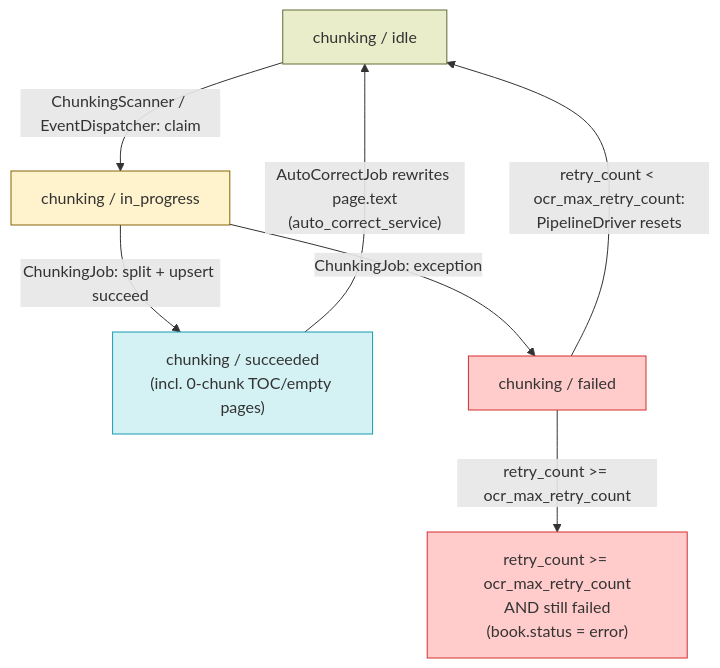
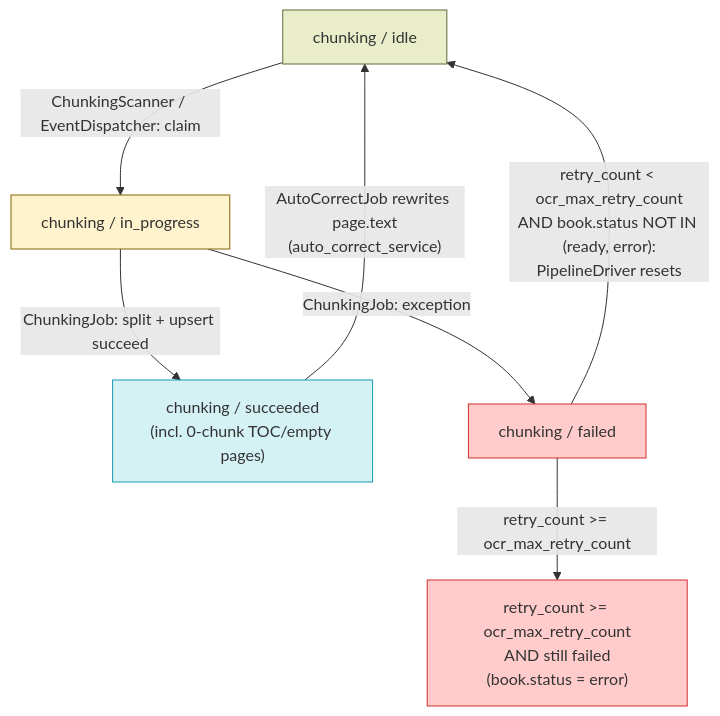
One commit to Kitabim-AI/kitabim-ai changed the second of 2 diagrams in docs/main/CHUNKING_DESIGN.md. Above: the diagram before and after it, drawn with Mermaid. The commit also changed other lines of this file, not shown here.

First line of the commit message:
docs: fix spell_check_enabled default and ready-book retry gap in CHUNKING_DESIGN

````diff
--- a/docs/main/CHUNKING_DESIGN.md
+++ b/docs/main/CHUNKING_DESIGN.md
@@ -193,25 +194,25 @@
 ```mermaid
 flowchart TD
     CHUNK_IDLE["chunking / idle"]
     CHUNK_IP["chunking / in_progress"]
     CHUNK_OK["chunking / succeeded<br/>(incl. 0-chunk TOC/empty pages)"]
     CHUNK_FAIL["chunking / failed"]
     EXHAUSTED["retry_count >= ocr_max_retry_count<br/>AND still failed<br/>(book.status = error)"]
 
     CHUNK_IDLE -->|"ChunkingScanner / EventDispatcher: claim"| CHUNK_IP
     CHUNK_IP -->|"ChunkingJob: split + upsert succeed"| CHUNK_OK
     CHUNK_IP -->|"ChunkingJob: exception"| CHUNK_FAIL
-    CHUNK_FAIL -->|"retry_count < ocr_max_retry_count:<br/>PipelineDriver resets"| CHUNK_IDLE
+    CHUNK_FAIL -->|"retry_count < ocr_max_retry_count<br/>AND book.status NOT IN (ready, error):<br/>PipelineDriver resets"| CHUNK_IDLE
     CHUNK_FAIL -->|"retry_count >= ocr_max_retry_count"| EXHAUSTED
     CHUNK_OK -->|"AutoCorrectJob rewrites page.text<br/>(auto_correct_service)"| CHUNK_IDLE
 
     classDef idle fill:#e9edc9,stroke:#606c38
     classDef active fill:#fff3cd,stroke:#856404
     classDef done fill:#d4f1f4,stroke:#189ab4
     classDef fail fill:#ffcccb,stroke:#d32f2f
 
     class CHUNK_IDLE idle
     class CHUNK_IP active
     class CHUNK_OK done
     class CHUNK_FAIL,EXHAUSTED fail
 ```
````
